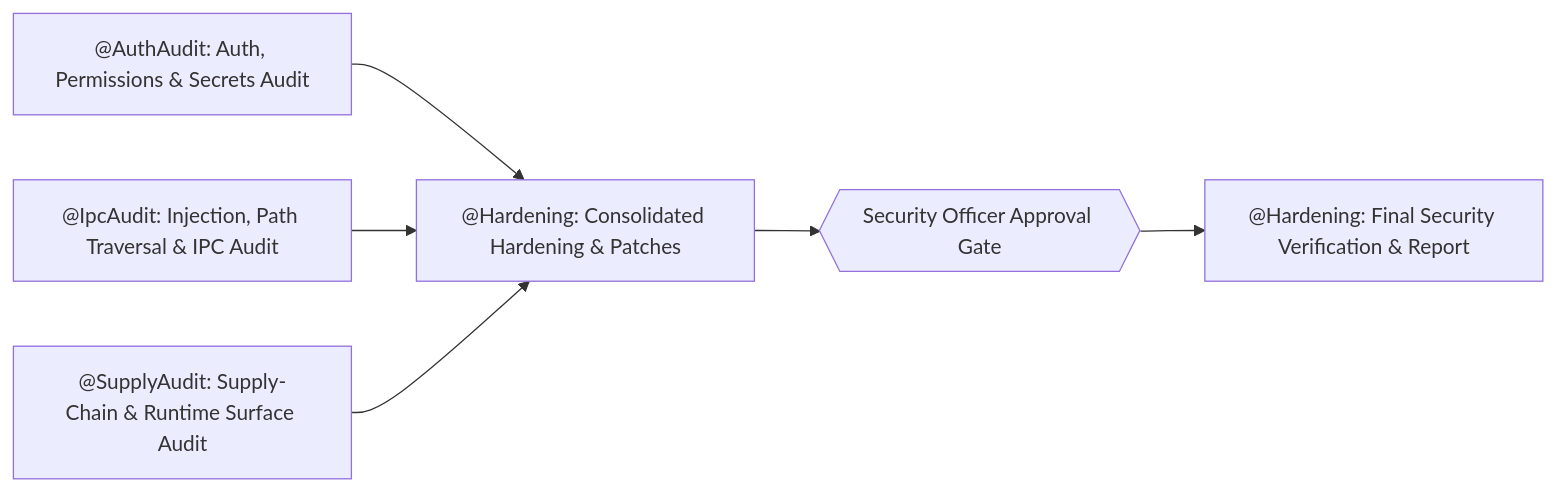
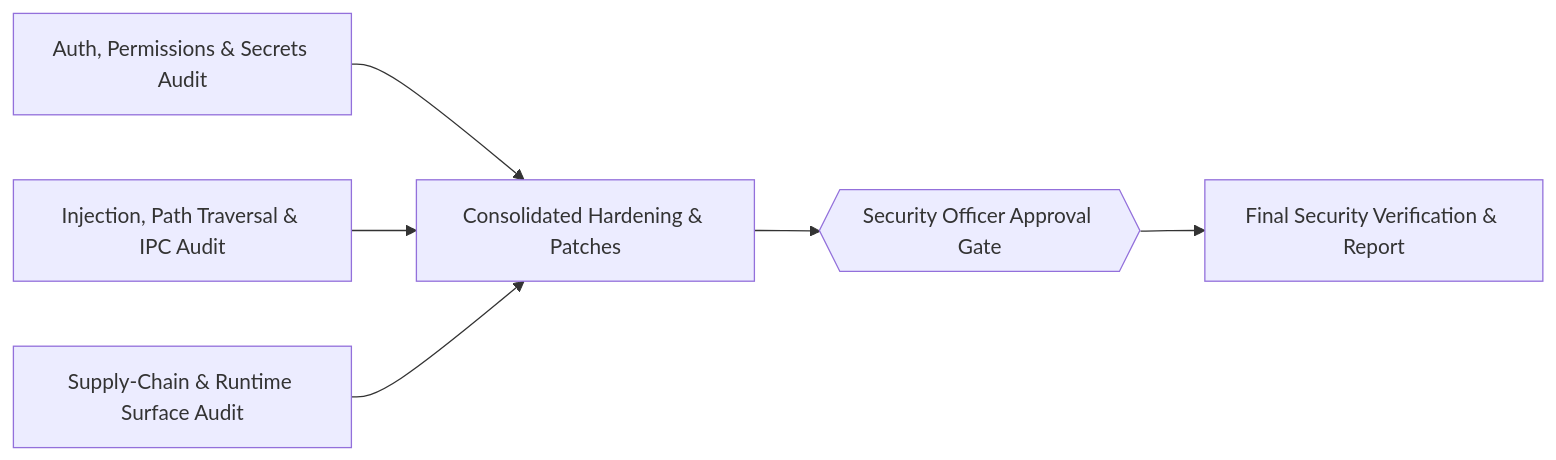
One commit to Daijunfan/Aexus-Code changed the first of 2 diagrams in examples/blueprints/security-audit-swarm.md. Above: the diagram before and after it, drawn with Mermaid. The commit also changed other lines of this file and 184 other files, not shown here.

````diff
--- a/examples/blueprints/security-audit-swarm.md
+++ b/examples/blueprints/security-audit-swarm.md
@@ -5,8 +7,13 @@
 ```mermaid
 flowchart LR
-  N1["@AuthAudit: Auth, Permissions & Secrets Audit"] --> N4["@Hardening: Consolidated Hardening & Patches"]
-  N2["@IpcAudit: Injection, Path Traversal & IPC Audit"] --> N4
-  N3["@SupplyAudit: Supply-Chain & Runtime Surface Audit"] --> N4
-  N4 --> U1{{"Security Officer Approval Gate"}}
-  U1 --> N5["@Hardening: Final Security Verification & Report"]
+  T1["Auth, Permissions & Secrets Audit"] --> T4["Consolidated Hardening & Patches"]
+  T2["Injection, Path Traversal & IPC Audit"] --> T4
+  T3["Supply-Chain & Runtime Surface Audit"] --> T4
+  T4 --> U1{{"Security Officer Approval Gate"}}
+  U1 --> T5["Final Security Verification & Report"]
+  %% task T1 [owner=AuthAudit, min_tier=2, dept=Security]
+  %% task T2 [owner=IpcAudit, min_tier=2, dept=Security]
+  %% task T3 [owner=SupplyAudit, min_tier=2, dept=Security]
+  %% task T4 [owner=Hardening, min_tier=2, dept=Security]
+  %% task T5 [owner=AuditLead, min_tier=1, dept=Executive]
 ```
````
